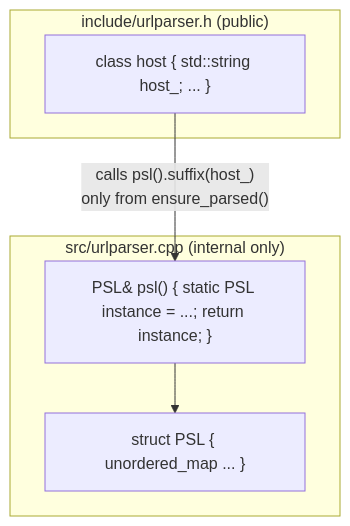
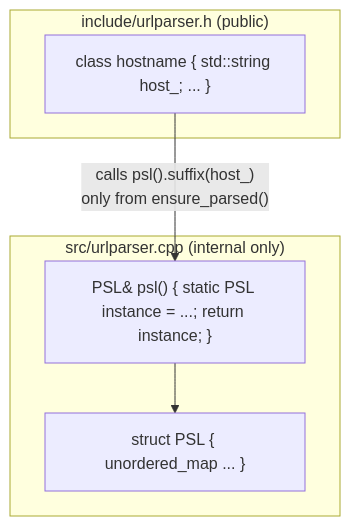
Before and after one commit to MohammadRaziei/liburlparser: the fifth of 6 diagrams in ARCHITECTURE.md, drawn with Mermaid. The commit also changed other lines of this file and 1 other file, not shown here.

First line of the commit message:
feat: enhance host parsing and classification

````diff
--- a/ARCHITECTURE.md
+++ b/ARCHITECTURE.md
@@ -204,12 +335,12 @@
 ```mermaid
 flowchart TD
     subgraph "include/urlparser.h (public)"
-        A["class host { std::string host_; ... }"]
+        A["class hostname { std::string host_; ... }"]
     end
     subgraph "src/urlparser.cpp (internal only)"
         B["struct PSL { unordered_map ... }"]
         C["PSL& psl() { static PSL instance = ...; return instance; }"]
     end
     A -->|"calls psl().suffix(host_)\nonly from ensure_parsed()"| C
     C --> B
 ```
````
